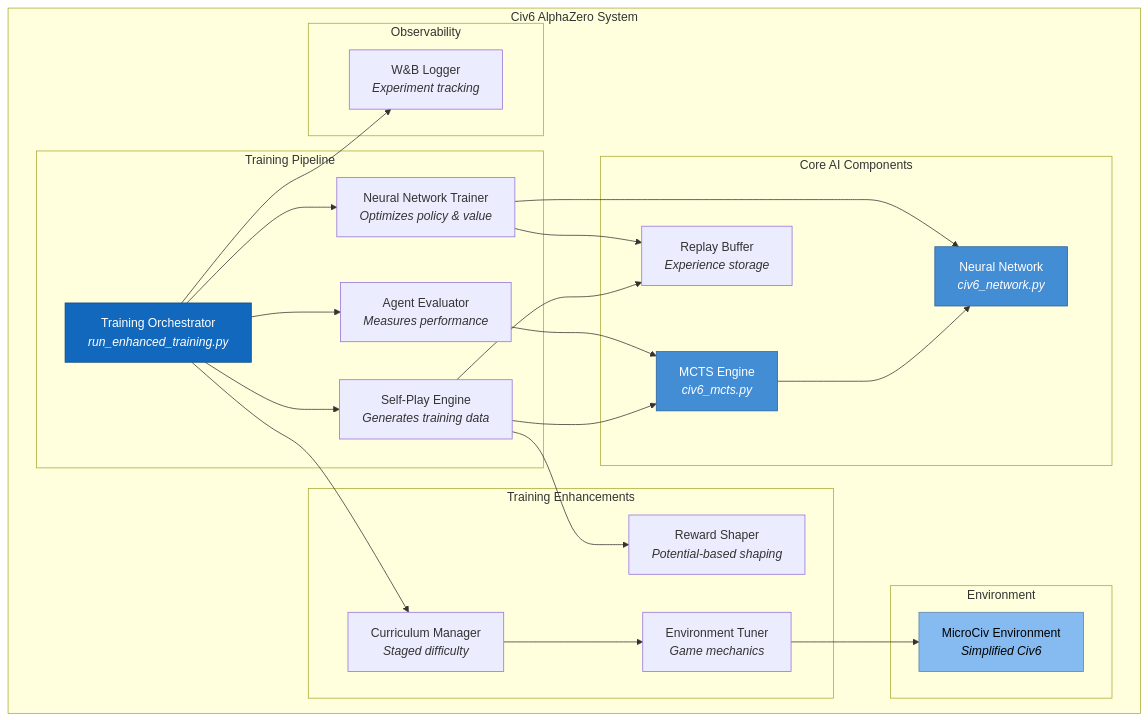
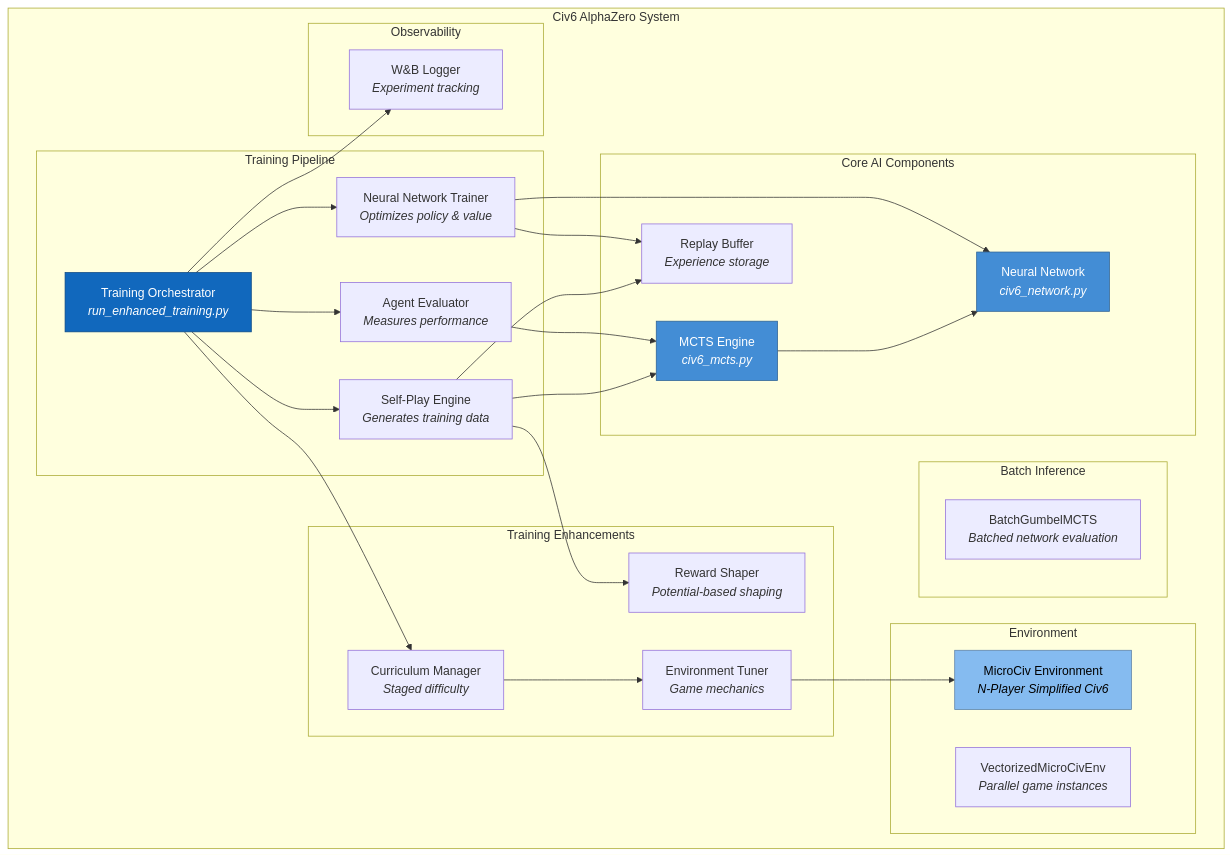
One commit to Mango-Metrics-NLM/Civ6-AlphaZero changed the second of 14 diagrams in README.md. Above: the diagram before and after it, drawn with Mermaid. The commit also changed other lines of this file and 2 other files, not shown here.

````diff
--- a/README.md
+++ b/README.md
@@ -125,54 +127,59 @@
 ```mermaid
 graph TB
     subgraph "Civ6 AlphaZero System"
         subgraph "Training Pipeline"
             Orchestrator["Training Orchestrator<br/><i>run_enhanced_training.py</i>"]
             SelfPlay["Self-Play Engine<br/><i>Generates training data</i>"]
             Trainer["Neural Network Trainer<br/><i>Optimizes policy & value</i>"]
             Evaluator["Agent Evaluator<br/><i>Measures performance</i>"]
         end
 
         subgraph "Core AI Components"
             MCTS["MCTS Engine<br/><i>civ6_mcts.py</i>"]
             Network["Neural Network<br/><i>civ6_network.py</i>"]
             Buffer["Replay Buffer<br/><i>Experience storage</i>"]
         end
 
         subgraph "Training Enhancements"
             Curriculum["Curriculum Manager<br/><i>Staged difficulty</i>"]
             Rewards["Reward Shaper<br/><i>Potential-based shaping</i>"]
             EnvTuner["Environment Tuner<br/><i>Game mechanics</i>"]
         end
 
         subgraph "Environment"
-            MicroCiv["MicroCiv Environment<br/><i>Simplified Civ6</i>"]
+            MicroCiv["MicroCiv Environment<br/><i>N-Player Simplified Civ6</i>"]
+            VecEnv["VectorizedMicroCivEnv<br/><i>Parallel game instances</i>"]
+        end
+
+        subgraph "Batch Inference"
+            BatchMCTS["BatchGumbelMCTS<br/><i>Batched network evaluation</i>"]
         end
 
         subgraph "Observability"
             WandbLogger["W&B Logger<br/><i>Experiment tracking</i>"]
         end
     end
 
     Orchestrator --> SelfPlay
     Orchestrator --> Trainer
     Orchestrator --> Evaluator
     Orchestrator --> Curriculum
     Orchestrator --> WandbLogger
 
     SelfPlay --> MCTS
     SelfPlay --> Buffer
     SelfPlay --> Rewards
 
     MCTS --> Network
     Trainer --> Network
     Trainer --> Buffer
 
     Evaluator --> MCTS
     Curriculum --> EnvTuner
     EnvTuner --> MicroCiv
 
     style Orchestrator fill:#1168bd,stroke:#0b4884,color:#ffffff
     style Network fill:#438dd5,stroke:#2e6295,color:#ffffff
     style MCTS fill:#438dd5,stroke:#2e6295,color:#ffffff
     style MicroCiv fill:#85bbf0,stroke:#5d82a8,color:#000000
 ```
````
